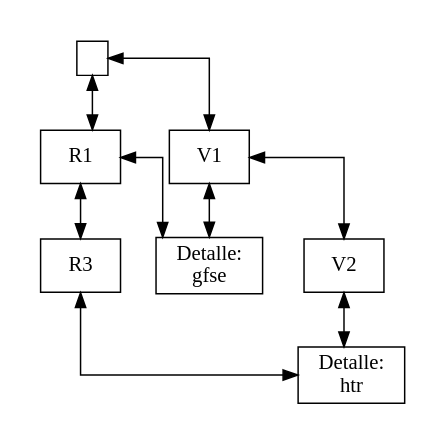
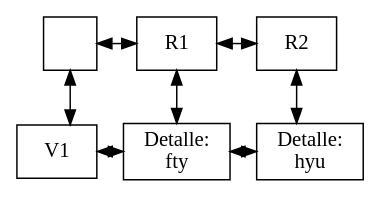
The diagram in Fase#1/Graficas/MatrizDispersa.dot (Farot30/-EDD-1S2025_202307820), drawn with Graphviz before and after one commit. The commit also changed 18 other files, not shown here.

```diff
--- a/Fase#1/Graficas/MatrizDispersa.dot
+++ b/Fase#1/Graficas/MatrizDispersa.dot
@@ -1,35 +1,20 @@
 digraph G {
-node [shape=record];
+node [shape=box];
 rankdir=TB;
 splines=ortho;
-node0 [label="", width=0.1, height=0.1];
-subgraph cluster_columnas {
-  rank=same;
-  style=invis;
-  node0;
-  nodeC1 [label="R1"];
-  nodeC2 [label="R3"];
-}
+node0 [label="", width=0.5, height=0.5, shape=box];
+{ rank=same; node0; nodeC1; nodeC2; }
+nodeC1 [label="R1"];
+nodeC2 [label="R2"];
 node0 -> nodeC1 [dir=both];
 nodeC1 -> nodeC2 [dir=both];
+nodeF1 [label="V1"];
+{ rank=same; nodeF1; nodeF1_C1; nodeF1_C2; }
+nodeF1_C1 [label="Detalle:\nfty"];
+nodeF1_C2 [label="Detalle:\nhyu"];
 node0 -> nodeF1 [dir=both];
-nodeF1 [label="V1"];
-nodeF1 -> nodeF2 [dir=both];
-subgraph cluster_fila1 {
-  rank=same;
-  style=invis;
-  nodeF1;
-  nodeF1_C1 [label="Detalle:\ngfse", shape=box];
+nodeF1 -> nodeF1_C1 [dir=both];
+nodeF1_C1 -> nodeF1_C2 [dir=both];
+nodeC1 -> nodeF1_C1 [dir=both];
+nodeC2 -> nodeF1_C2 [dir=both];
 }
-nodeF2 [label="V2"];
-subgraph cluster_fila2 {
-  rank=same;
-  style=invis;
-  nodeF2;
-  nodeF2_C2 [label="Detalle:\nhtr", shape=box];
-}
-nodeF1 -> nodeF1_C1 [dir=both];
-nodeC1 -> nodeF1_C1 [dir=both];
-nodeF2 -> nodeF2_C2 [dir=both];
-nodeC2 -> nodeF2_C2 [dir=both];
-}
```
